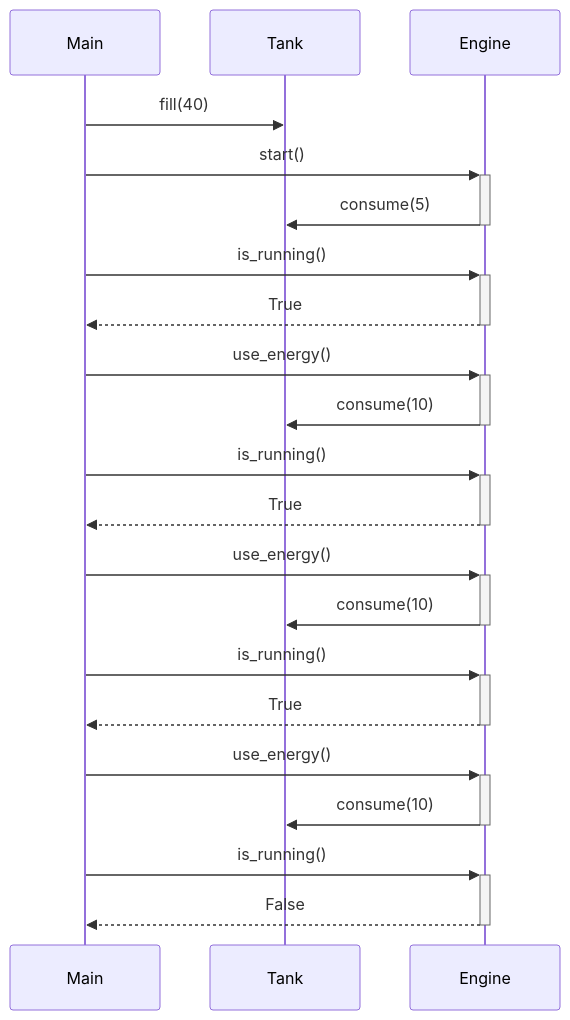
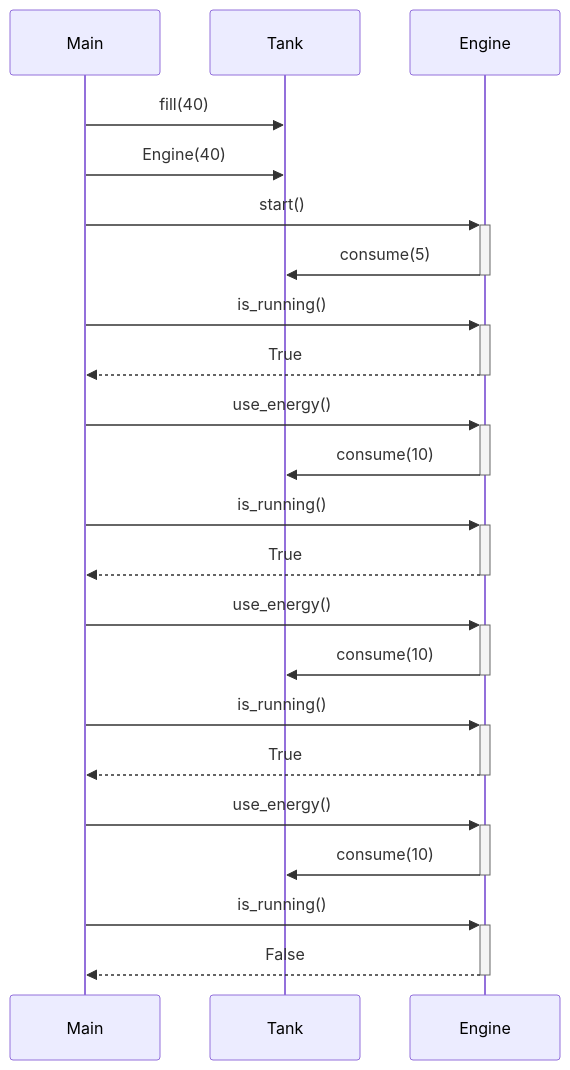
The diagram in laskarit/viikko3/sekvenssikaavio1.md (laurelcrelia/ot-harjoitustyo), drawn with Mermaid before and after one commit.

````diff
--- a/laskarit/viikko3/sekvenssikaavio1.md
+++ b/laskarit/viikko3/sekvenssikaavio1.md
@@ -1,23 +1,24 @@
 ```mermaid	
  sequenceDiagram
 	participant M as Main
 	participant T as Tank
 	participant E as Engine
 	M->>T: fill(40)
+	M->>T: Engine(40)
 	M->>+E: start()
 	E->>-T: consume(5)
 	M->>+E: is_running()
 	E-->>-M: True
 	M->>+E: use_energy()
 	E->>-T: consume(10)
 	M->>+E: is_running()
 	E-->>-M: True
 	M->>+E: use_energy()
         E->>-T: consume(10)
         M->>+E: is_running()
         E-->>-M: True
 	M->>+E: use_energy()
         E->>-T: consume(10)
         M->>+E: is_running()
         E-->>-M: False
 ```
````
